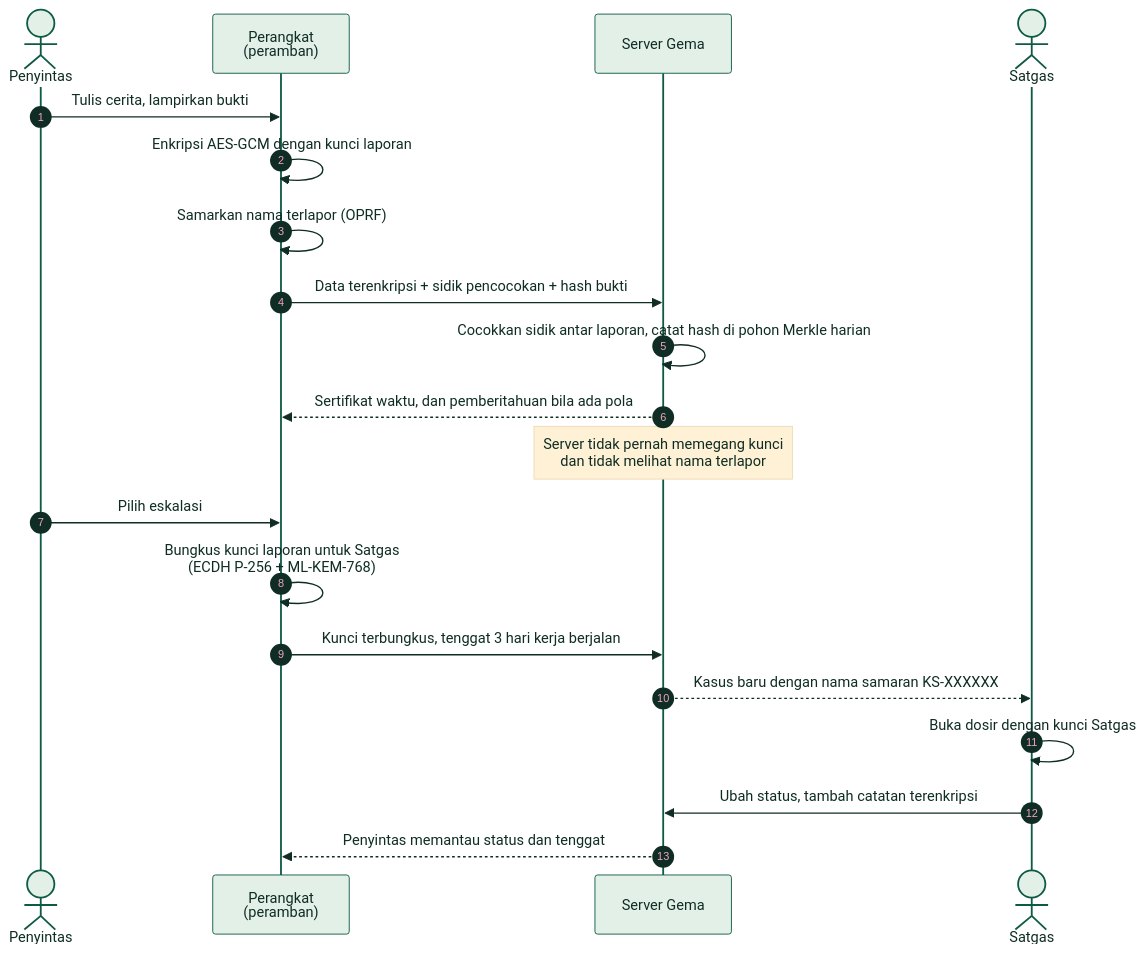
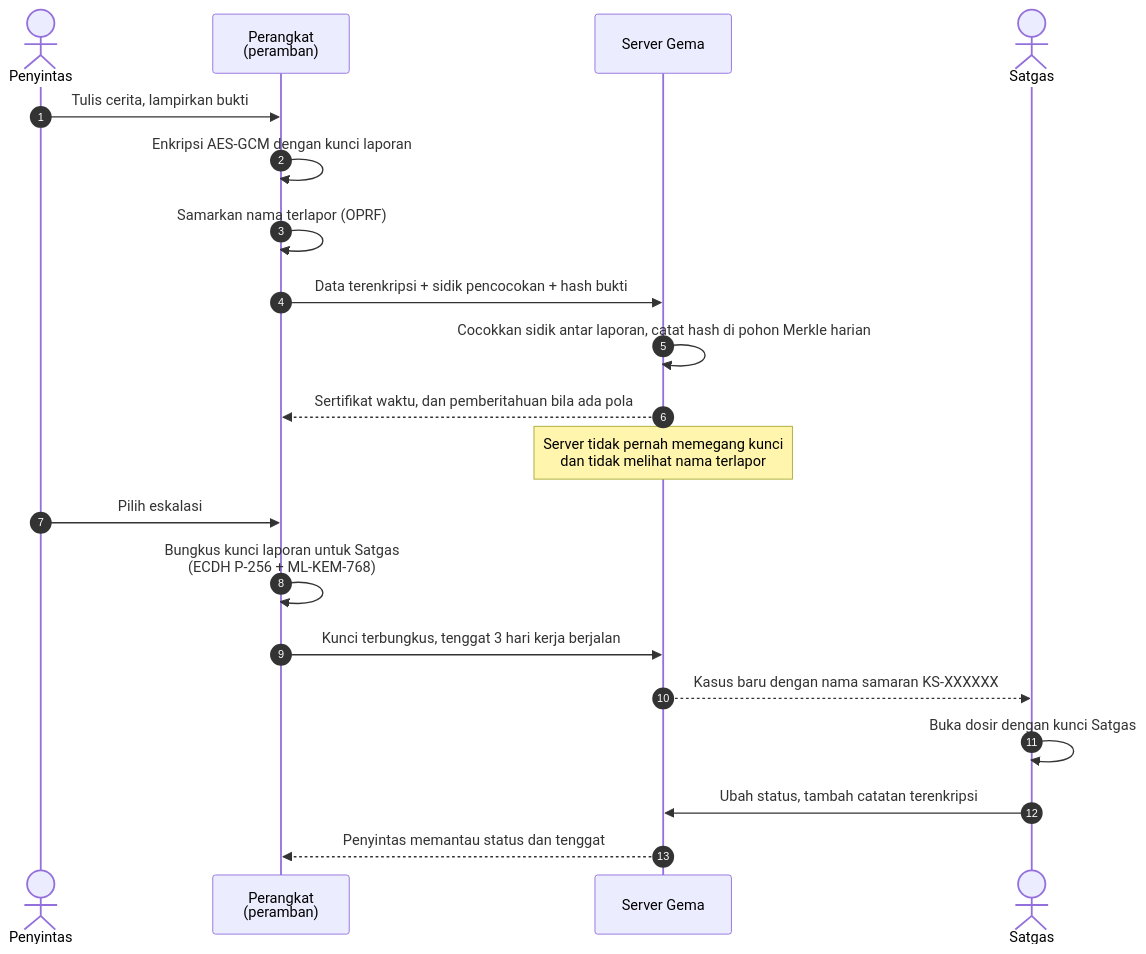
Before and after one commit to LazuardiAdityaPratamaPutra/gema: the second of 3 diagrams in README.md, drawn with Mermaid. The commit also changed other lines of this file, not shown here.

Commit message:
Perbaiki diagram dan slogan README

````diff
--- a/README.md
+++ b/README.md
@@ -80,25 +79,24 @@
 ```mermaid
-%%{init: {'theme':'base','themeVariables':{'primaryColor':'#E3F0E8','primaryBorderColor':'#0E5A45','primaryTextColor':'#0F2D24','lineColor':'#0E5A45','actorBkg':'#E3F0E8','actorBorder':'#0E5A45','noteBkgColor':'#FFF1D6','noteTextColor':'#0F2D24'}}}%%
 sequenceDiagram
     autonumber
     actor P as Penyintas
     participant D as Perangkat<br/>(peramban)
     participant S as Server Gema
     actor T as Satgas
 
     P->>D: Tulis cerita, lampirkan bukti
     D->>D: Enkripsi AES-GCM dengan kunci laporan
     D->>D: Samarkan nama terlapor (OPRF)
     D->>S: Data terenkripsi + sidik pencocokan + hash bukti
     S->>S: Cocokkan sidik antar laporan, catat hash di pohon Merkle harian
     S-->>D: Sertifikat waktu, dan pemberitahuan bila ada pola
     Note over S: Server tidak pernah memegang kunci<br/>dan tidak melihat nama terlapor
 
     P->>D: Pilih eskalasi
     D->>D: Bungkus kunci laporan untuk Satgas<br/>(ECDH P-256 + ML-KEM-768)
     D->>S: Kunci terbungkus, tenggat 3 hari kerja berjalan
     S-->>T: Kasus baru dengan nama samaran KS-XXXXXX
     T->>T: Buka dosir dengan kunci Satgas
     T->>S: Ubah status, tambah catatan terenkripsi
     S-->>D: Penyintas memantau status dan tenggat
 ```
````
